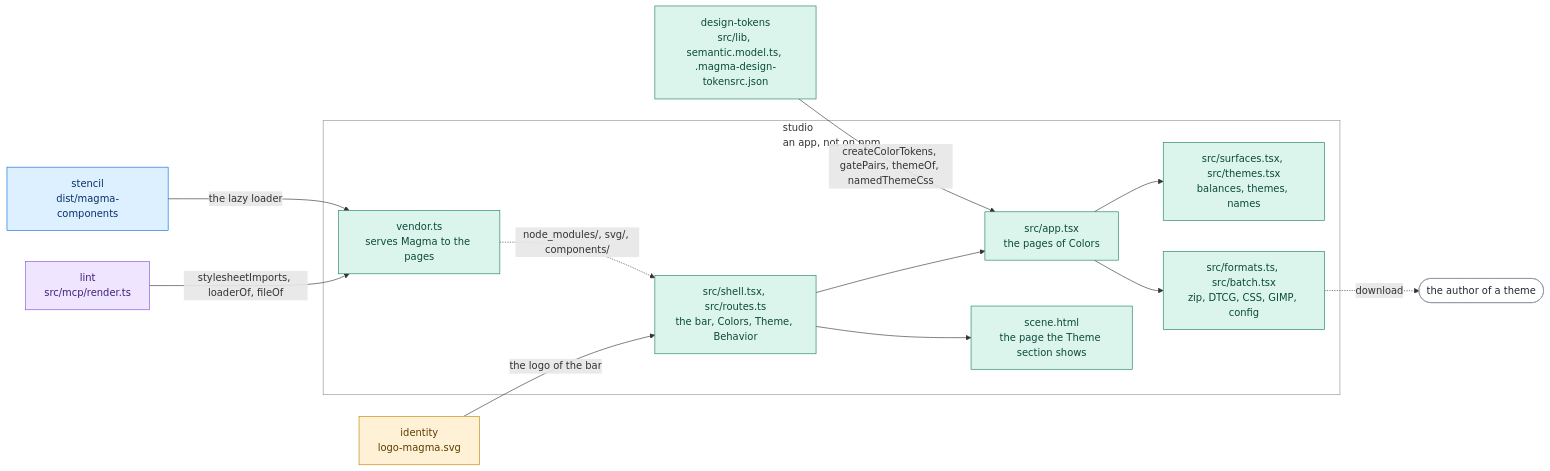
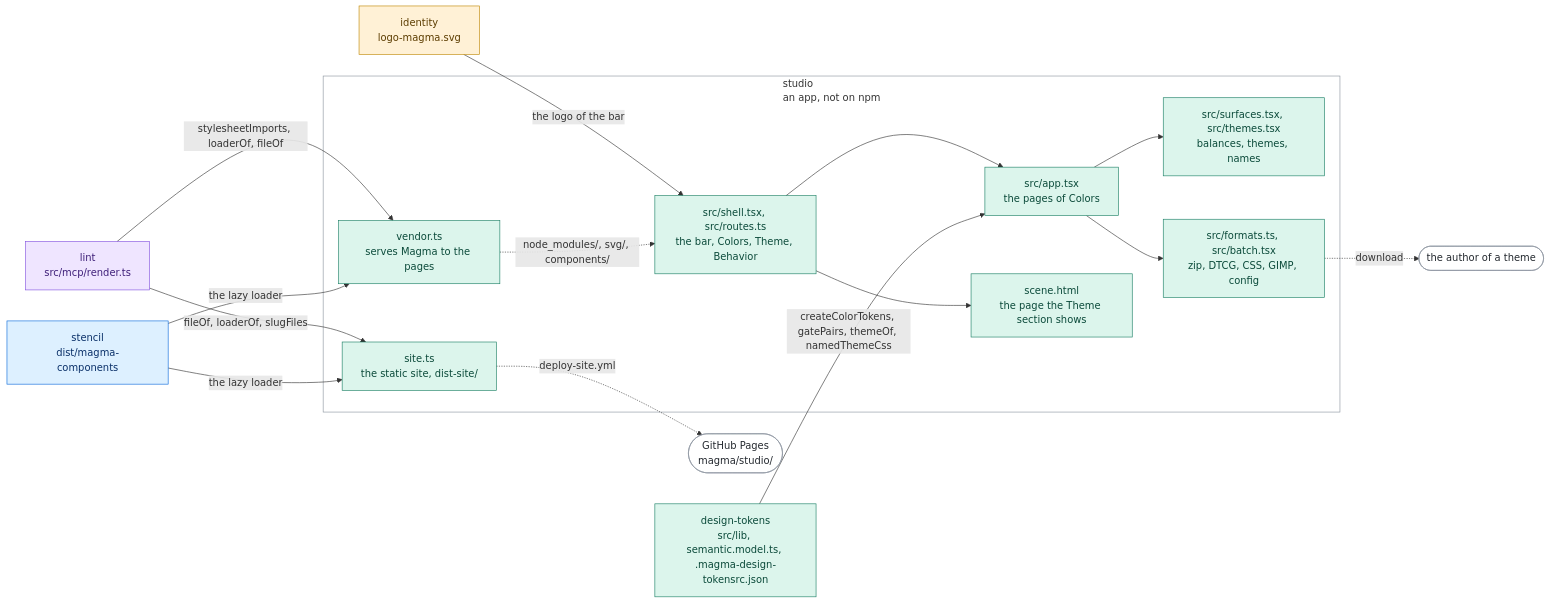
One commit to magma-design-system/magma changed the diagram in projects/studio/README.md. Above: the diagram before and after it, drawn with Mermaid. The commit also changed other lines of this file and 11 other files, not shown here.

First line of the commit message:
feat(studio): build.site writes the studio for a host that serves files only

````diff
--- a/projects/studio/README.md
+++ b/projects/studio/README.md
@@ -155,38 +188,42 @@
 ```mermaid
 flowchart LR
   DT["design-tokens<br/>src/lib, semantic.model.ts, .magma-design-tokensrc.json"]
   LINT["lint<br/>src/mcp/render.ts"]
   WC["stencil<br/>dist/magma-components"]
   ID["identity<br/>logo-magma.svg"]
   subgraph stu["studio<br/>an app, not on npm"]
     SHELL["src/shell.tsx, src/routes.ts<br/>the bar, Colors, Theme, Behavior"]
     APP["src/app.tsx<br/>the pages of Colors"]
     SURF["src/surfaces.tsx, src/themes.tsx<br/>balances, themes, names"]
     OUT["src/formats.ts, src/batch.tsx<br/>zip, DTCG, CSS, GIMP, config"]
     VEN["vendor.ts<br/>serves Magma to the pages"]
+    SITE["site.ts<br/>the static site, dist-site/"]
     SCENE["scene.html<br/>the page the Theme section shows"]
     SHELL --> APP
     SHELL --> SCENE
     APP --> SURF
     APP --> OUT
   end
   DT -->|"createColorTokens, gatePairs, themeOf, namedThemeCss"| APP
   LINT -->|"stylesheetImports, loaderOf, fileOf"| VEN
+  LINT -->|"fileOf, loaderOf, slugFiles"| SITE
   WC -->|"the lazy loader"| VEN
+  WC -->|"the lazy loader"| SITE
   ID -->|"the logo of the bar"| SHELL
   VEN -.->|"node_modules/, svg/, components/"| SHELL
+  SITE -.->|"deploy-site.yml"| PAGES(["GitHub Pages<br/>magma/studio/"])
   OUT -.->|"download"| AUTHOR(["the author of a theme"])
-  class DT,APP,SURF,OUT,SHELL,VEN,SCENE visual
+  class DT,APP,SURF,OUT,SHELL,VEN,SITE,SCENE visual
   class LINT ai
   class WC components
   class ID assets
-  class AUTHOR outside
+  class AUTHOR,PAGES outside
   class stu area
   classDef ai fill:#efe5ff,stroke:#8250df,color:#3e1f79
   classDef assets fill:#fff1d6,stroke:#bf8700,color:#5c3d00
   classDef visual fill:#dcf5ec,stroke:#1a7f64,color:#0b4a3a
   classDef components fill:#ddf0ff,stroke:#0969da,color:#0a3069
   classDef tooling fill:#eceff3,stroke:#57606a,color:#24292f
   classDef outside fill:#ffffff,stroke:#8c959f,color:#24292f
   classDef area fill:none,stroke:#8c959f
 ```
````
